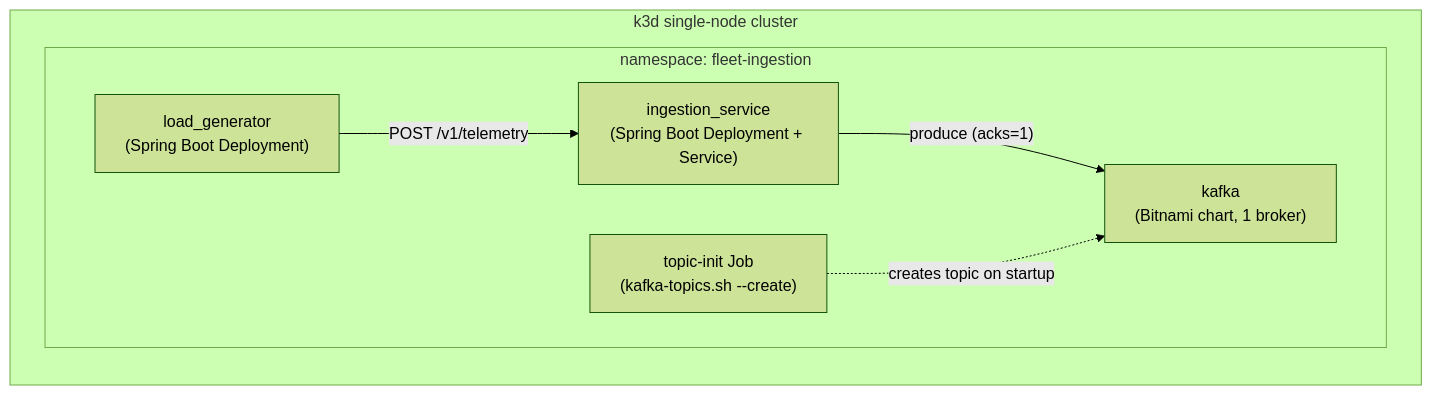
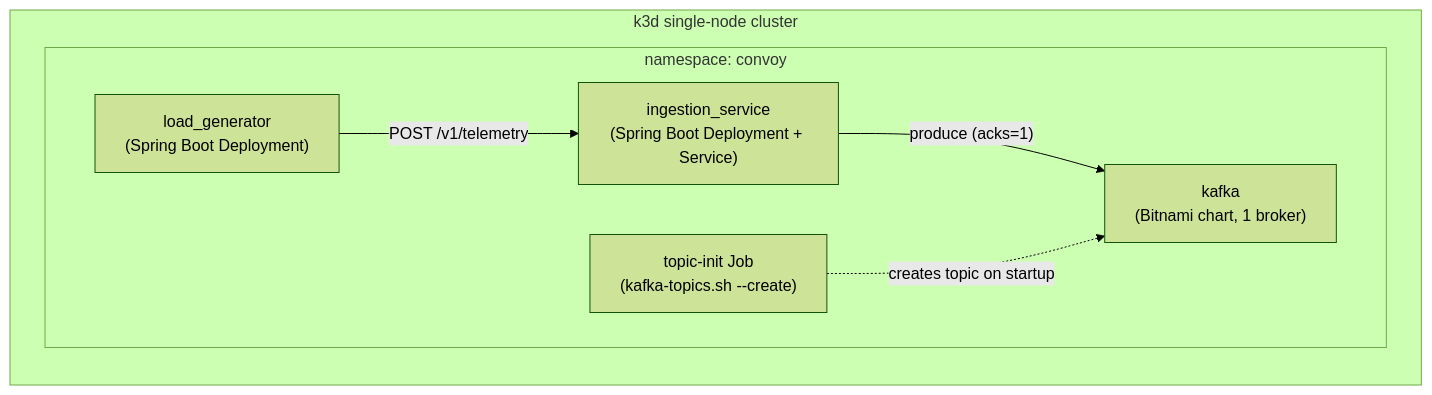
One commit to onlydevelop/Convoy changed the diagram in docs/implementation-spec.md. Above: the diagram before and after it, drawn with Mermaid (forest theme). The commit also changed other lines of this file and 18 other files, not shown here.

First line of the commit message:
Rename fleet packages to convoy and pin Gradle to JDK 21

````diff
--- a/docs/implementation-spec.md
+++ b/docs/implementation-spec.md
@@ -111,14 +111,14 @@
 ```mermaid
 flowchart LR
     subgraph k3d single-node cluster
-        subgraph ns["namespace: fleet-ingestion"]
+        subgraph ns["namespace: convoy"]
             LG["load_generator\n(Spring Boot Deployment)"]
             IS["ingestion_service\n(Spring Boot Deployment + Service)"]
             KJ["topic-init Job\n(kafka-topics.sh --create)"]
             KF["kafka\n(Bitnami chart, 1 broker)"]
         end
     end
     LG -- "POST /v1/telemetry" --> IS
     IS -- "produce (acks=1)" --> KF
     KJ -. "creates topic on startup" .-> KF
 ```
````
